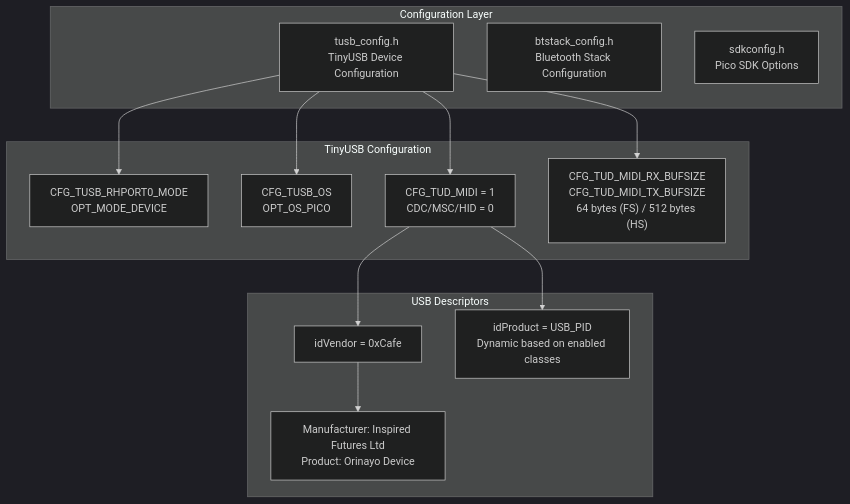
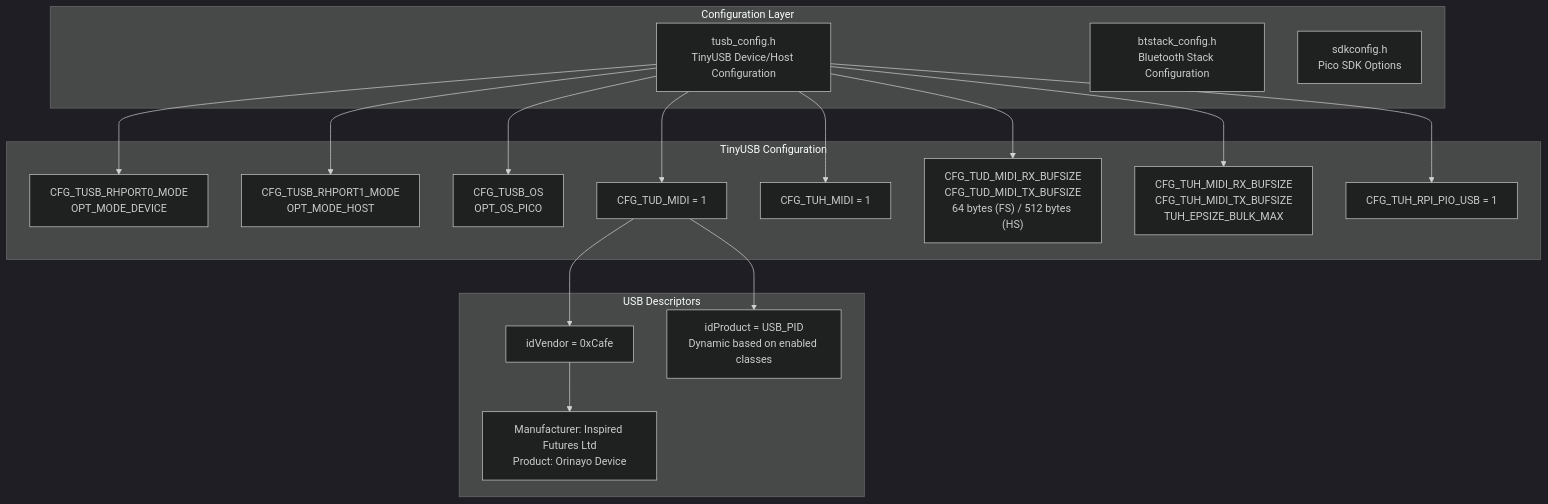
Before and after one commit to Jus-Be/orinayo-pico: the third of 5 diagrams in wiki/2-getting-started.md, drawn with Mermaid (dark theme). The commit also changed other lines of this file and 42 other files, not shown here.

````diff
--- a/wiki/2-getting-started.md
+++ b/wiki/2-getting-started.md
@@ -152,41 +174,53 @@
 ```mermaid
 flowchart TD
 
-TUSB["tusb_config.h<br>TinyUSB Device Configuration"]
+TUSB["tusb_config.h<br>TinyUSB Device/Host Configuration"]
 BTSTACK["btstack_config.h<br>Bluetooth Stack Configuration"]
 SDK["sdkconfig.h<br>Pico SDK Options"]
-TUSBMode["CFG_TUSB_RHPORT0_MODE<br>OPT_MODE_DEVICE"]
+TUSBDeviceMode["CFG_TUSB_RHPORT0_MODE<br>OPT_MODE_DEVICE"]
+TUSBHostMode["CFG_TUSB_RHPORT1_MODE<br>OPT_MODE_HOST"]
 TUSBOS["CFG_TUSB_OS<br>OPT_OS_PICO"]
-MIDIEnable["CFG_TUD_MIDI = 1<br>CDC/MSC/HID = 0"]
-MIDIBuf["CFG_TUD_MIDI_RX_BUFSIZE<br>CFG_TUD_MIDI_TX_BUFSIZE<br>64 bytes (FS) / 512 bytes (HS)"]
+MIDIEnableDevice["CFG_TUD_MIDI = 1"]
+MIDIEnableHost["CFG_TUH_MIDI = 1"]
+MIDIBufDevice["CFG_TUD_MIDI_RX_BUFSIZE<br>CFG_TUD_MIDI_TX_BUFSIZE<br>64 bytes (FS) / 512 bytes (HS)"]
+MIDIBufHost["CFG_TUH_MIDI_RX_BUFSIZE<br>CFG_TUH_MIDI_TX_BUFSIZE<br>TUH_EPSIZE_BULK_MAX"]
+PioUsbHost["CFG_TUH_RPI_PIO_USB = 1"]
 VID["idVendor = 0xCafe"]
 PID["idProduct = USB_PID<br>Dynamic based on enabled classes"]
 Strings["Manufacturer: Inspired Futures Ltd<br>Product: Orinayo Device"]
 
-TUSB --> TUSBMode
+TUSB --> TUSBDeviceMode
+TUSB --> TUSBHostMode
 TUSB --> TUSBOS
-TUSB --> MIDIEnable
-TUSB --> MIDIBuf
-MIDIEnable --> VID
-MIDIEnable --> PID
+TUSB --> MIDIEnableDevice
+TUSB --> MIDIEnableHost
+TUSB --> MIDIBufDevice
+TUSB --> MIDIBufHost
+TUSB --> PioUsbHost
+MIDIEnableDevice --> VID
+MIDIEnableDevice --> PID
 
 subgraph subGraph2 ["USB Descriptors"]
     VID
     PID
     Strings
     VID --> Strings
 end
 
 subgraph subGraph1 ["TinyUSB Configuration"]
-    TUSBMode
+    TUSBDeviceMode
+    TUSBHostMode
     TUSBOS
-    MIDIEnable
-    MIDIBuf
+    MIDIEnableDevice
+    MIDIEnableHost
+    MIDIBufDevice
+    MIDIBufHost
+    PioUsbHost
 end
 
 subgraph subGraph0 ["Configuration Layer"]
     TUSB
     BTSTACK
     SDK
 end
 ```
````
